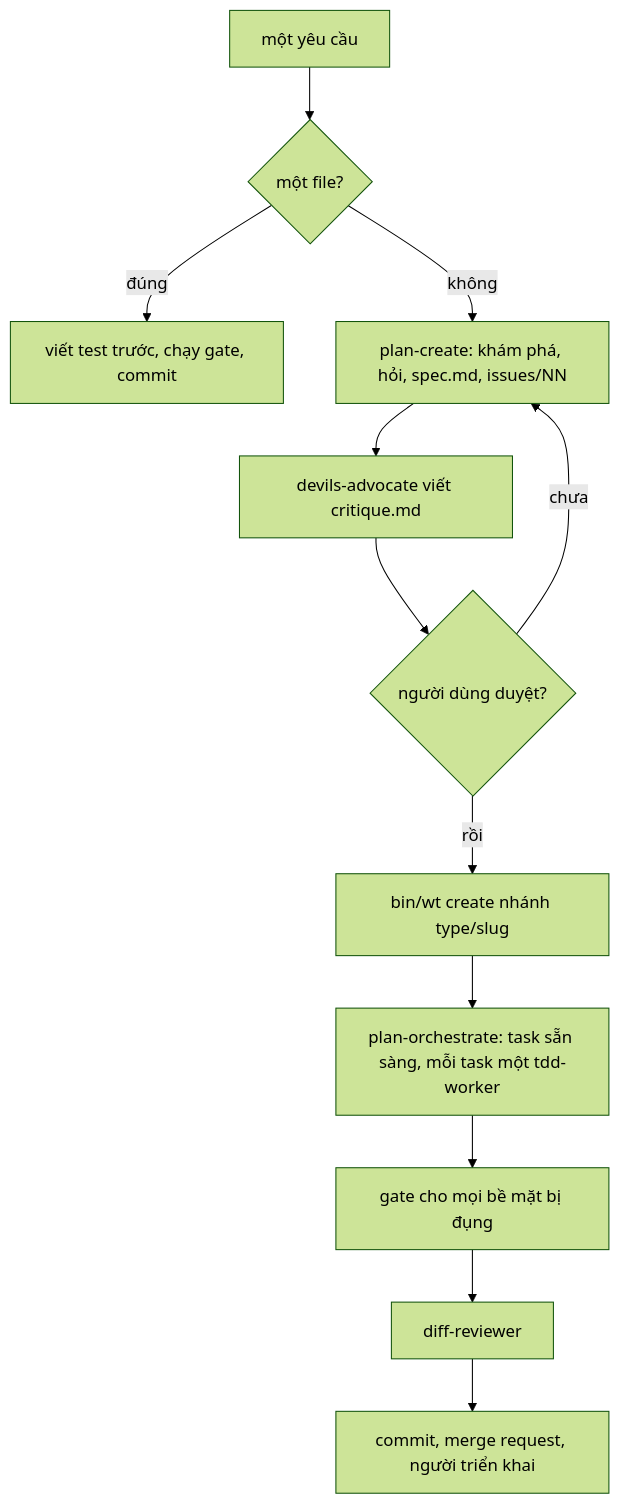
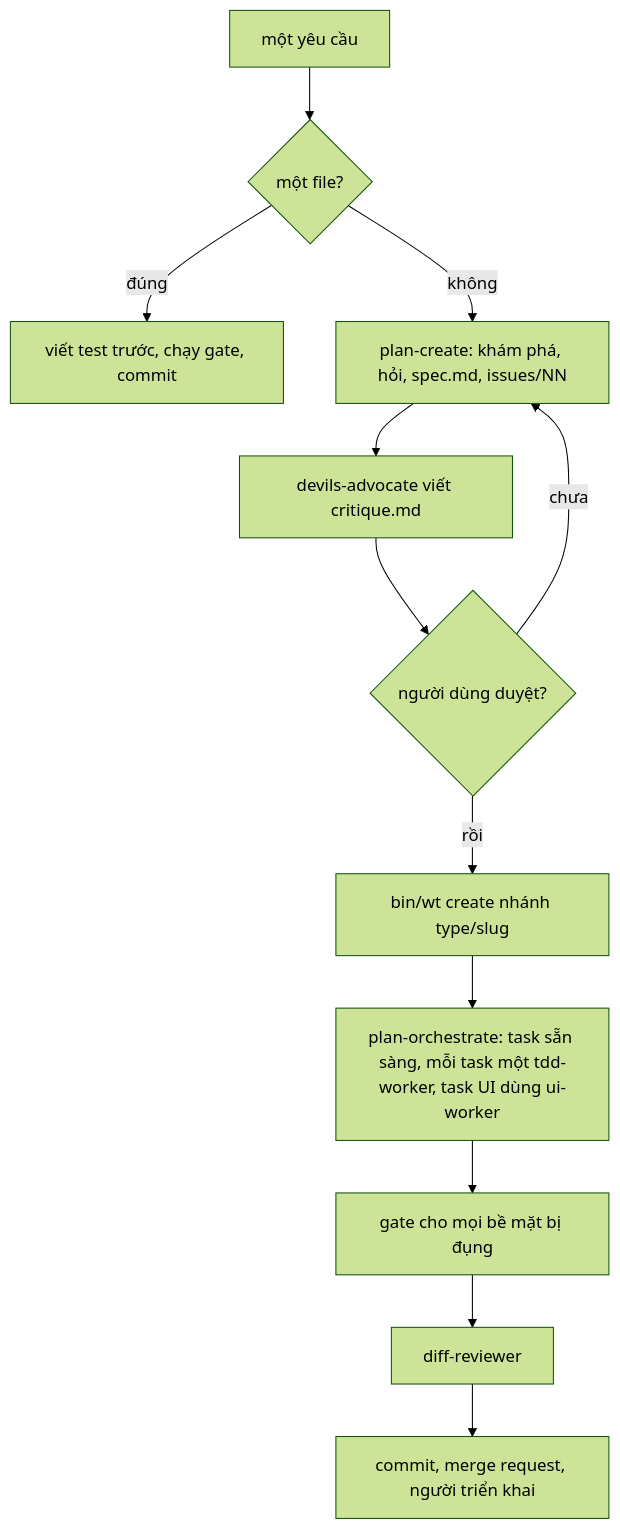
One commit to nguyentrunghieu98/docker-magento-kit changed the fourth of 5 diagrams in README.vi.md. Above: the diagram before and after it, drawn with Mermaid (forest theme). The commit also changed other lines of this file and 11 other files, not shown here.

````diff
--- a/README.vi.md
+++ b/README.vi.md
@@ -171,14 +173,14 @@
 ```mermaid
 flowchart TD
   R["một yêu cầu"] --> Q{"một file?"}
   Q -->|"đúng"| T["viết test trước, chạy gate, commit"]
   Q -->|"không"| P["plan-create: khám phá, hỏi, spec.md, issues/NN"]
   P --> C["devils-advocate viết critique.md"]
   C --> U{"người dùng duyệt?"}
   U -->|"chưa"| P
   U -->|"rồi"| B["bin/wt create nhánh type/slug"]
-  B --> O["plan-orchestrate: task sẵn sàng, mỗi task một tdd-worker"]
+  B --> O["plan-orchestrate: task sẵn sàng, mỗi task một tdd-worker, task UI dùng ui-worker"]
   O --> G["gate cho mọi bề mặt bị đụng"]
   G --> DR["diff-reviewer"]
   DR --> M["commit, merge request, người triển khai"]
 ```
````
